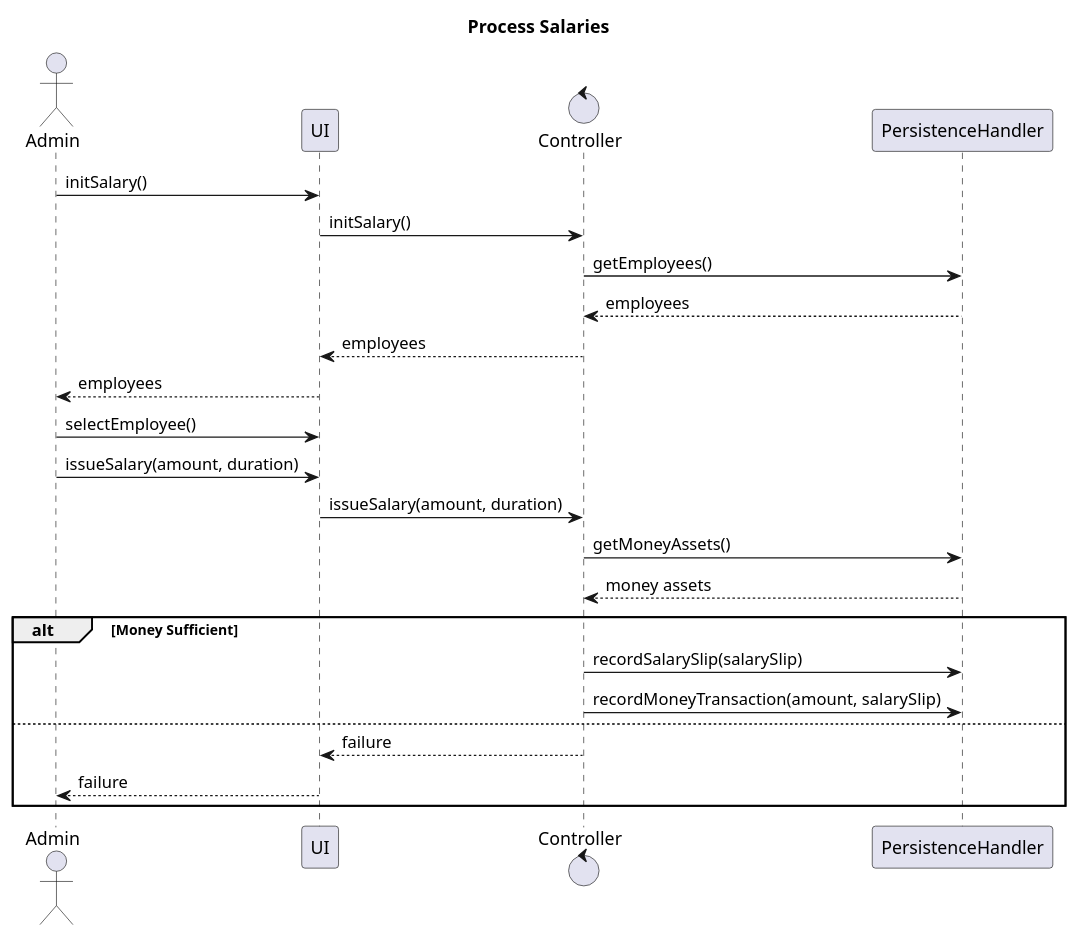
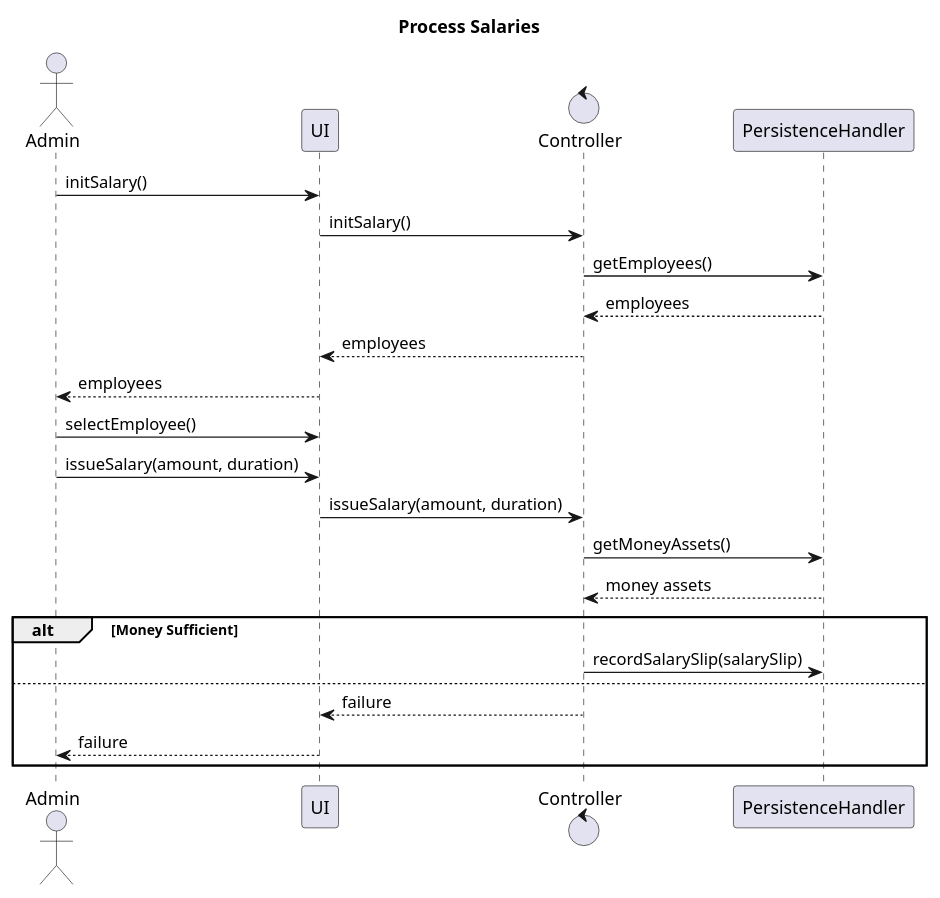
Before and after one commit to kabeer008/SystemDesignProject: the diagram in processSalary.puml, drawn with PlantUML. The commit also changed 2 other files, not shown here.

Commit message:
Order Record SD Added

```diff
--- a/processSalary.puml
+++ b/processSalary.puml
@@ -1,33 +1,32 @@
 @startuml Process Salaries
 title Process Salaries
 
 actor Admin
 participant UI
 control Controller
 participant PersistenceHandler
 
 Admin->UI: initSalary()
 UI->Controller: initSalary()
 Controller->PersistenceHandler: getEmployees()
 PersistenceHandler-->Controller: employees
 Controller-->UI: employees
 UI-->Admin: employees
 
 Admin->UI: selectEmployee()
 Admin->UI: issueSalary(amount, duration)
 
 UI->Controller: issueSalary(amount, duration)
 Controller->PersistenceHandler: getMoneyAssets()
 PersistenceHandler-->Controller: money assets
 
 alt Money Sufficient
     Controller->PersistenceHandler: recordSalarySlip(salarySlip)
-    Controller->PersistenceHandler: recordMoneyTransaction(amount, salarySlip)
 
 else
     Controller-->UI: failure
     UI-->Admin: failure
 
 end
 
 @enduml
```
